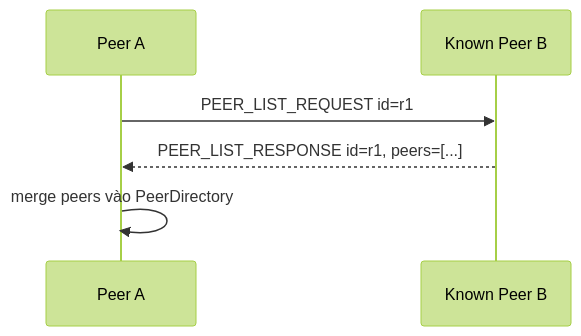
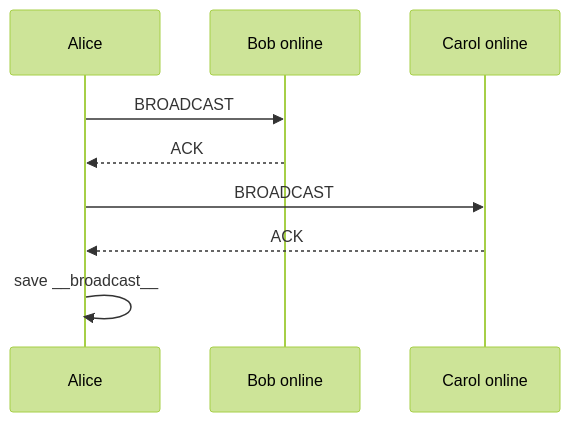
Before and after one commit to dungcony/p2p: the fifth of 5 diagrams in docs/nop-bai/03_giao_thuc_trao_doi_thong_diep.md, drawn with Mermaid (forest theme). The commit also changed other lines of this file and 9 other files, not shown here.

````diff
--- a/docs/nop-bai/03_giao_thuc_trao_doi_thong_diep.md
+++ b/docs/nop-bai/03_giao_thuc_trao_doi_thong_diep.md
@@ -377,8 +202,11 @@
 ```mermaid
 sequenceDiagram
-    participant A as Peer A
-    participant B as Known Peer B
-    A->>B: PEER_LIST_REQUEST id=r1
-    B-->>A: PEER_LIST_RESPONSE id=r1, peers=[...]
-    A->>A: merge peers vào PeerDirectory
+    participant A as Alice
+    participant B as Bob online
+    participant C as Carol online
+    A->>B: BROADCAST
+    B-->>A: ACK
+    A->>C: BROADCAST
+    C-->>A: ACK
+    A->>A: save __broadcast__
 ```
````
